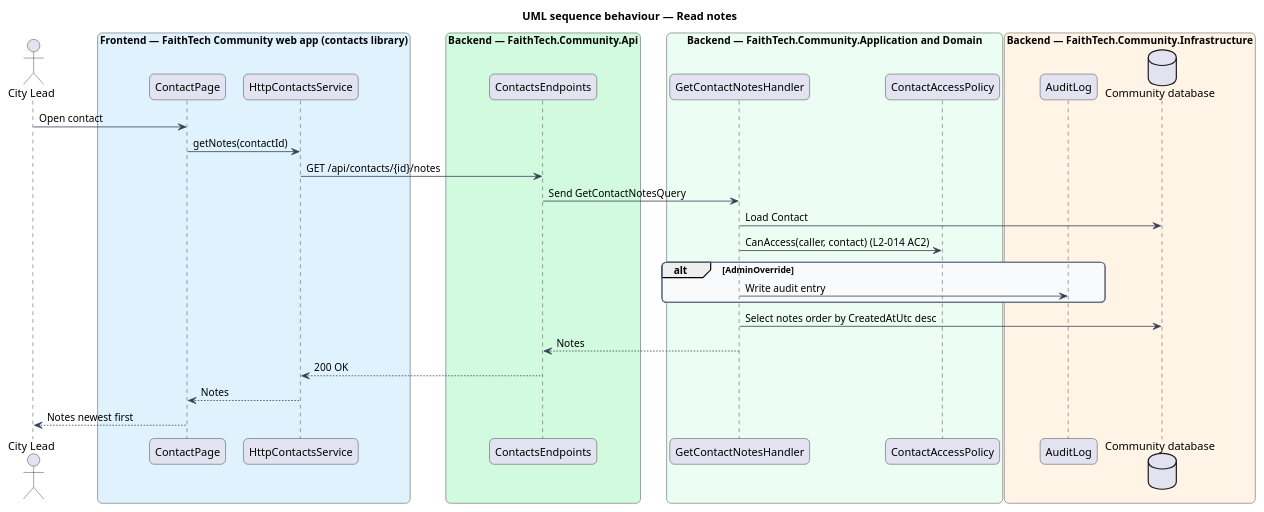
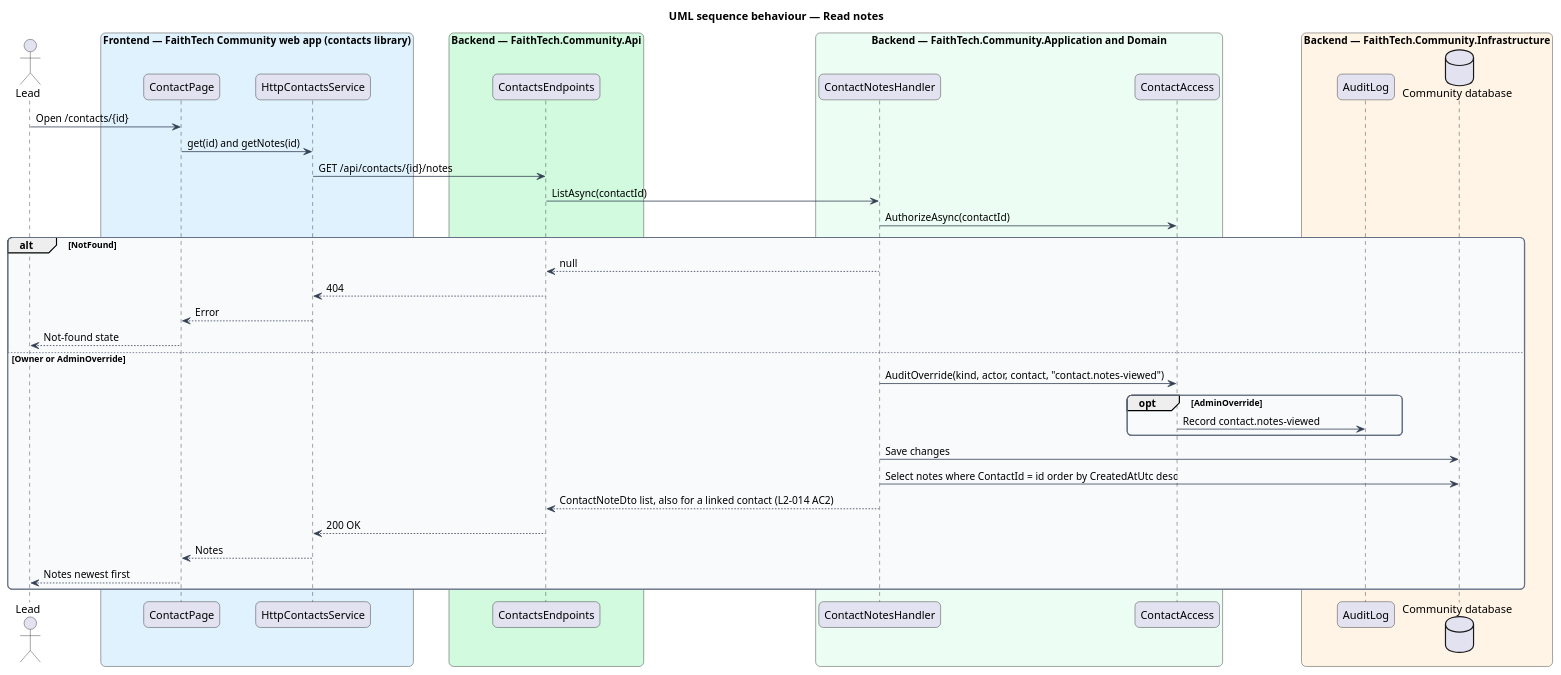
The diagram in docs/detailed-designs/contacts/contact-notes/diagrams/sequence-read-notes.puml (QuinntyneBrown/faithtech-community), drawn with PlantUML before and after one commit. The commit also changed 79 other files, not shown here.

First line of the commit message:
Align the contacts and partners designs and diagrams with the built code

```diff
--- a/docs/detailed-designs/contacts/contact-notes/diagrams/sequence-read-notes.puml
+++ b/docs/detailed-designs/contacts/contact-notes/diagrams/sequence-read-notes.puml
@@ -1,47 +1,55 @@
 @startuml
 title UML sequence behaviour — Read notes
 skinparam backgroundColor #FFFFFF
 skinparam shadowing false
 skinparam roundcorner 12
 skinparam defaultFontName Arial
 skinparam ArrowColor #344054
 skinparam rectangle {
   BorderColor #344054
   FontColor #101828
 }
 skinparam package {
   BorderColor #667085
   FontColor #101828
   BackgroundColor #F9FAFB
 }
-actor "City Lead" as actor
+actor "Lead" as actor
 box "Frontend — FaithTech Community web app (contacts library)" #E0F2FE
   participant "ContactPage" as page
   participant "HttpContactsService" as svc
 end box
 box "Backend — FaithTech.Community.Api" #D1FADF
   participant "ContactsEndpoints" as ep
 end box
 box "Backend — FaithTech.Community.Application and Domain" #ECFDF3
-  participant "GetContactNotesHandler" as h
-  participant "ContactAccessPolicy" as pol
+  participant "ContactNotesHandler" as h
+  participant "ContactAccess" as acc
 end box
 box "Backend — FaithTech.Community.Infrastructure" #FFF4E5
   participant "AuditLog" as audit
   database "Community database" as db
 end box
-actor -> page : Open contact
-page -> svc : getNotes(contactId)
+actor -> page : Open /contacts/{id}
+page -> svc : get(id) and getNotes(id)
 svc -> ep : GET /api/contacts/{id}/notes
-ep -> h : Send GetContactNotesQuery
-h -> db : Load Contact
-h -> pol : CanAccess(caller, contact) (L2-014 AC2)
-alt AdminOverride
-  h -> audit : Write audit entry
+ep -> h : ListAsync(contactId)
+h -> acc : AuthorizeAsync(contactId)
+alt NotFound
+  h --> ep : null
+  ep --> svc : 404
+  svc --> page : Error
+  page --> actor : Not-found state
+else Owner or AdminOverride
+  h -> acc : AuditOverride(kind, actor, contact, "contact.notes-viewed")
+  opt AdminOverride
+    acc -> audit : Record contact.notes-viewed
+  end
+  h -> db : Save changes
+  h -> db : Select notes where ContactId = id order by CreatedAtUtc desc
+  h --> ep : ContactNoteDto list, also for a linked contact (L2-014 AC2)
+  ep --> svc : 200 OK
+  svc --> page : Notes
+  page --> actor : Notes newest first
 end
-h -> db : Select notes order by CreatedAtUtc desc
-h --> ep : Notes
-ep --> svc : 200 OK
-svc --> page : Notes
-page --> actor : Notes newest first
 @enduml
```
